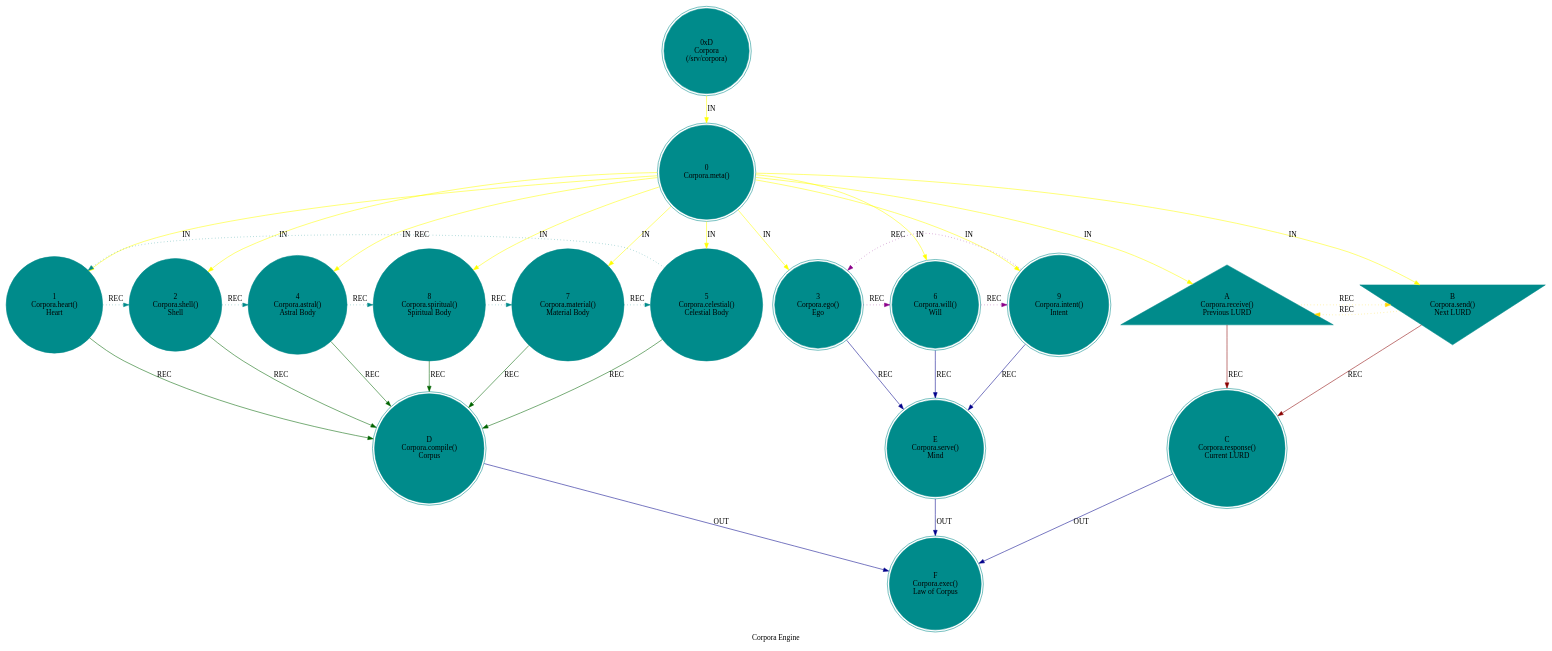
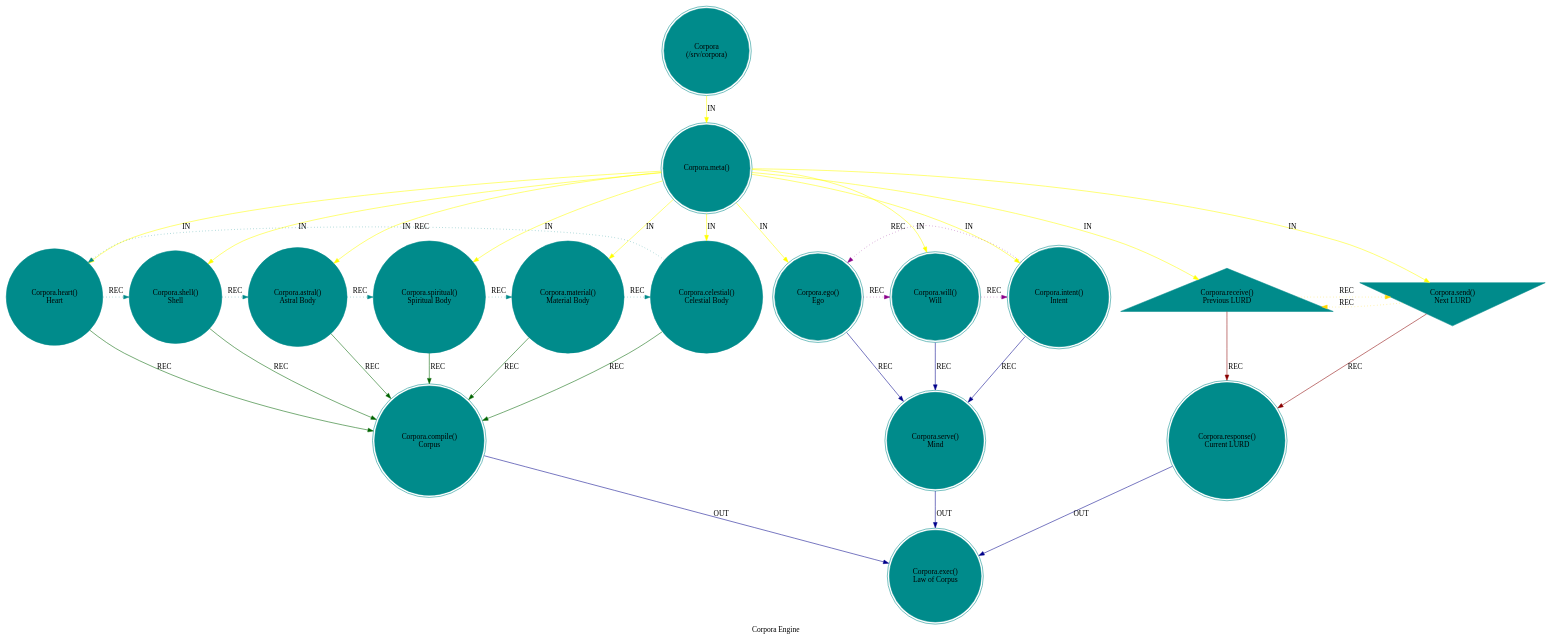
The diagram in src/core/mythos_srv_corpora.dot (cilang/mythos), drawn with Graphviz before and after one commit. The commit also changed 21 other files, not shown here.

```diff
--- a/src/core/mythos_srv_corpora.dot
+++ b/src/core/mythos_srv_corpora.dot
@@ -1,42 +1,42 @@
 digraph CorporaEngine {
     label = "Corpora Engine";
     style = filled;
     color = red;
     comment = "";
     node [shape = circle; style = filled; color = darkcyan;];
     
-    spark_d_mythos_t [label = "0xD\nCorpora\n(/srv/corpora)";shape = doublecircle;];
+    spark_d_mythos_t [label = "Corpora\n(/srv/corpora)";shape = doublecircle;];
     
     // r0::meta();r1,r2,r4,r8,r7,r5;r3,r6,r;ra::receive(),rb::send(),rc::dispatch(),rd::commit(),re::serve(),rf::exec()
-    spark_0_corpus_t [label = "0\nCorpora.meta()";shape = doublecircle;comment = "";];
-    spark_1_corpus_t [label = "1\nCorpora.heart()\nHeart";shape = circle;comment = "";];
-    spark_2_corpus_t [label = "2\nCorpora.shell()\nShell";shape = circle;comment = "";];
-    spark_4_corpus_t [label = "4\nCorpora.astral()\nAstral Body";shape = circle;comment = "";];
-    spark_8_corpus_t [label = "8\nCorpora.spiritual()\nSpiritual Body";shape = circle;comment = "";];
-    spark_7_corpus_t [label = "7\nCorpora.material()\nMaterial Body";shape = circle;comment = "";];
-    spark_5_corpus_t [label = "5\nCorpora.celestial()\nCelestial Body";shape = circle;comment = "";];
-    spark_3_corpus_t [label = "3\nCorpora.ego()\nEgo";shape = doublecircle;comment = "";];
-    spark_6_corpus_t [label = "6\nCorpora.will()\nWill";shape = doublecircle;comment = "";];
-    spark_9_corpus_t [label = "9\nCorpora.intent()\nIntent";shape = doublecircle;comment = "";];
-    spark_a_corpus_t [label = "A\nCorpora.receive()\nPrevious LURD";shape = triangle;comment = "";];
-    spark_b_corpus_t [label = "B\nCorpora.send()\nNext LURD";shape = invtriangle;comment = "";];
-    spark_c_corpus_t [label = "C\nCorpora.response()\nCurrent LURD";shape = doublecircle;comment = "";];
-    spark_d_corpus_t [label = "D\nCorpora.compile()\nCorpus";shape = doublecircle;comment = "";];
-    spark_e_corpus_t [label = "E\nCorpora.serve()\nMind";shape = doublecircle;comment = "`/srv/corpora`";];
-    spark_f_corpus_t [label = "F\nCorpora.exec()\nLaw of Corpus";shape = doublecircle;comment = "";];
+    spark_0_corpus_t [label = "Corpora.meta()";shape = doublecircle;comment = "";];
+    spark_1_corpus_t [label = "Corpora.heart()\nHeart";shape = circle;comment = "";];
+    spark_2_corpus_t [label = "Corpora.shell()\nShell";shape = circle;comment = "";];
+    spark_4_corpus_t [label = "Corpora.astral()\nAstral Body";shape = circle;comment = "";];
+    spark_8_corpus_t [label = "Corpora.spiritual()\nSpiritual Body";shape = circle;comment = "";];
+    spark_7_corpus_t [label = "Corpora.material()\nMaterial Body";shape = circle;comment = "";];
+    spark_5_corpus_t [label = "Corpora.celestial()\nCelestial Body";shape = circle;comment = "";];
+    spark_3_corpus_t [label = "Corpora.ego()\nEgo";shape = doublecircle;comment = "";];
+    spark_6_corpus_t [label = "Corpora.will()\nWill";shape = doublecircle;comment = "";];
+    spark_9_corpus_t [label = "Corpora.intent()\nIntent";shape = doublecircle;comment = "";];
+    spark_a_corpus_t [label = "Corpora.receive()\nPrevious LURD";shape = triangle;comment = "";];
+    spark_b_corpus_t [label = "Corpora.send()\nNext LURD";shape = invtriangle;comment = "";];
+    spark_c_corpus_t [label = "Corpora.response()\nCurrent LURD";shape = doublecircle;comment = "";];
+    spark_d_corpus_t [label = "Corpora.compile()\nCorpus";shape = doublecircle;comment = "";];
+    spark_e_corpus_t [label = "Corpora.serve()\nMind";shape = doublecircle;comment = "`/srv/corpora`";];
+    spark_f_corpus_t [label = "Corpora.exec()\nLaw of Corpus";shape = doublecircle;comment = "";];
     
     // IN = Input
     // OUT = Output
     // REC = Recursion
     spark_d_mythos_t -> spark_0_corpus_t -> {spark_a_corpus_t spark_b_corpus_t spark_1_corpus_t spark_2_corpus_t spark_3_corpus_t spark_4_corpus_t spark_5_corpus_t spark_6_corpus_t spark_7_corpus_t spark_8_corpus_t spark_9_corpus_t} [label = "IN"; color = yellow; comment = "";];
     
     {spark_a_corpus_t spark_b_corpus_t} -> spark_c_corpus_t [label = "REC"; color = darkred; comment = "";];
     {spark_1_corpus_t spark_2_corpus_t spark_4_corpus_t spark_8_corpus_t spark_7_corpus_t spark_5_corpus_t} -> spark_d_corpus_t [label = "REC"; color = darkgreen; comment = "";];
     {spark_3_corpus_t spark_6_corpus_t spark_9_corpus_t} -> spark_e_corpus_t [label = "REC"; color = darkblue; comment = "";];
     
     spark_1_corpus_t -> spark_2_corpus_t -> spark_4_corpus_t -> spark_8_corpus_t -> spark_7_corpus_t -> spark_5_corpus_t -> spark_1_corpus_t [label = "REC"; color = darkcyan; comment = ""; style = dotted; constraint = false;];
     spark_3_corpus_t -> spark_6_corpus_t -> spark_9_corpus_t -> spark_3_corpus_t [label = "REC"; color = darkmagenta; comment = ""; style = dotted; constraint = false;];
     spark_a_corpus_t -> spark_b_corpus_t -> spark_a_corpus_t [label = "REC"; color = gold; comment = ""; style = dotted; constraint = false;];
     
     {spark_c_corpus_t spark_d_corpus_t spark_e_corpus_t} -> spark_f_corpus_t [label = "OUT"; color = darkblue; comment = "";];
 }
```
